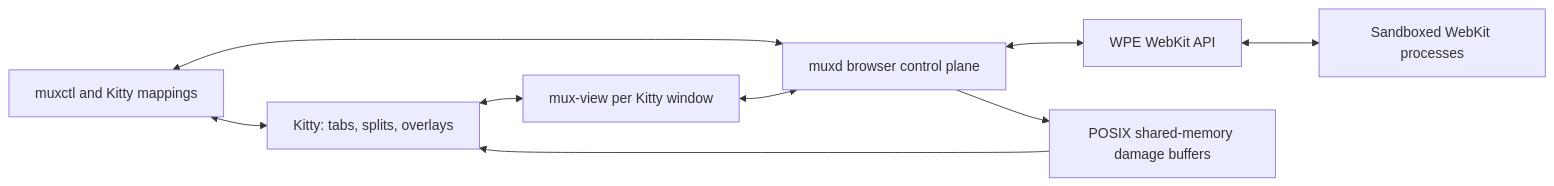
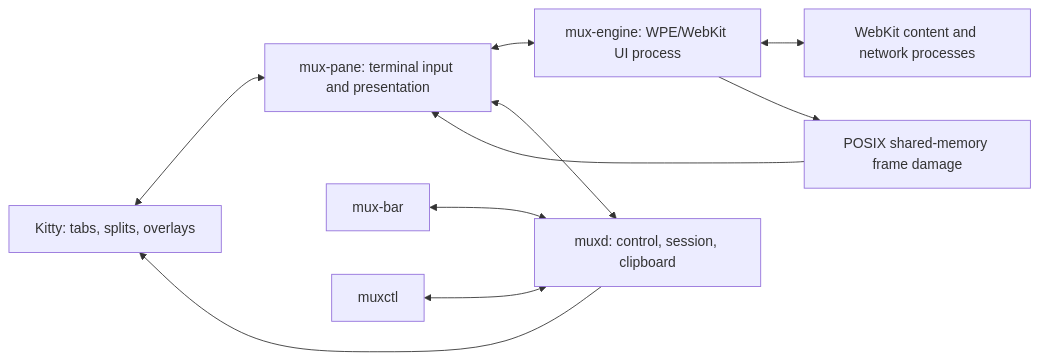
One commit to Irvinwop/Mux changed the diagram in docs/architecture.md. Above: the diagram before and after it, drawn with Mermaid. The commit also changed other lines of this file and 28 other files, not shown here.

````diff
--- a/docs/architecture.md
+++ b/docs/architecture.md
@@ -123,11 +104,12 @@
-~~~mermaid
+```mermaid
 flowchart LR
-    K["Kitty: tabs, splits, overlays"] <--> V["mux-view per Kitty window"]
-    V <--> D["muxd browser control plane"]
-    C["muxctl and Kitty mappings"] <--> D
-    C <--> K
-    D <--> W["WPE WebKit API"]
-    W <--> P["Sandboxed WebKit processes"]
-    D --> S["POSIX shared-memory damage buffers"]
-    S --> K
-~~~
+    K["Kitty: tabs, splits, overlays"] <--> P["mux-pane: terminal input and presentation"]
+    P <--> E["mux-engine: WPE/WebKit UI process"]
+    E <--> W["WebKit content and network processes"]
+    E --> S["POSIX shared-memory frame damage"]
+    S --> P
+    P <--> D["muxd: control, session, clipboard"]
+    B["mux-bar"] <--> D
+    C["muxctl"] <--> D
+    D --> K
+```
````
